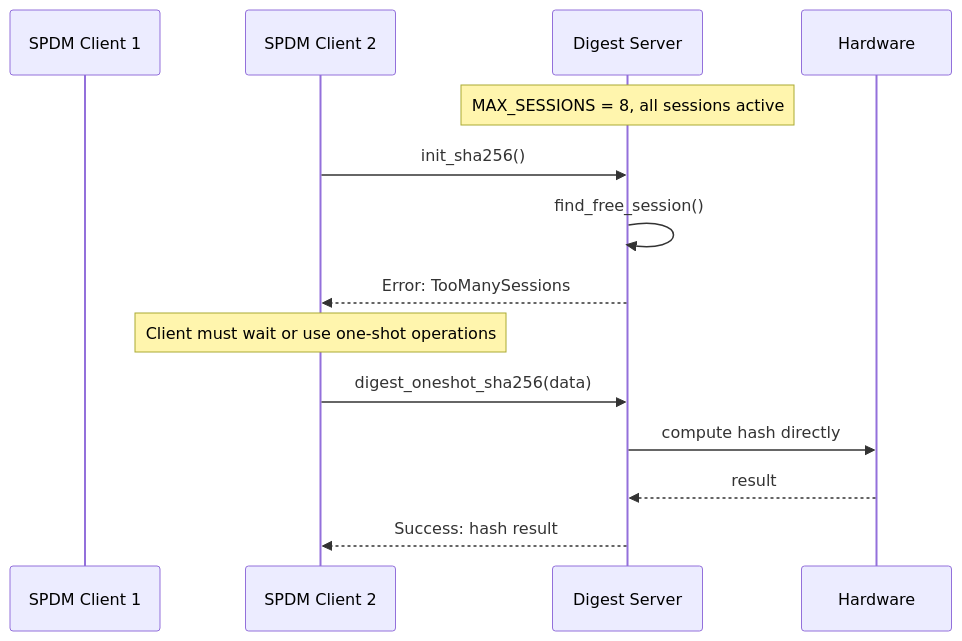
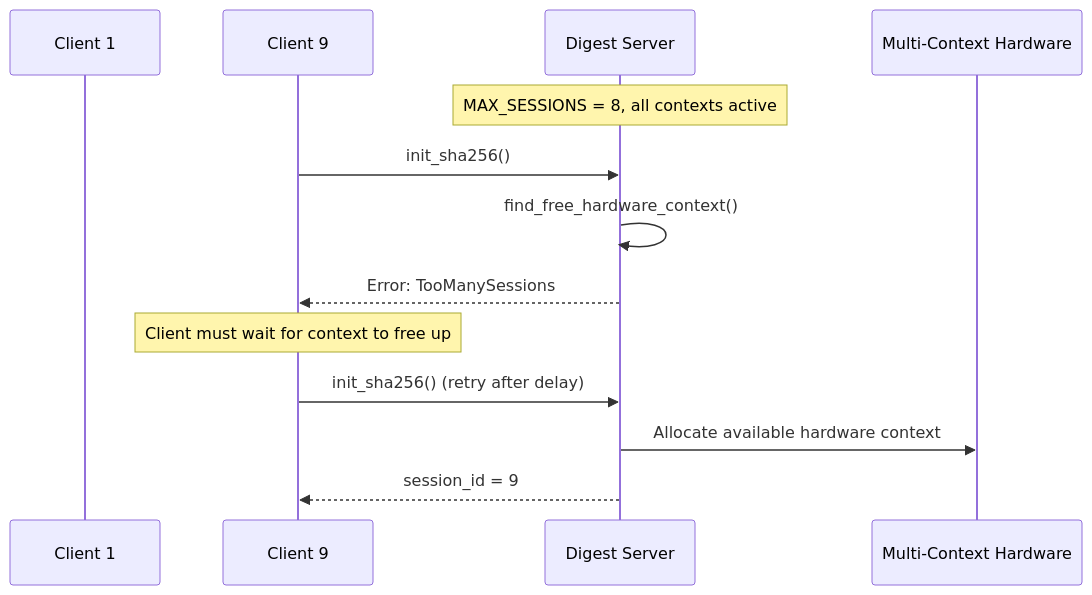
One commit to rusty1968/openprot changed the sixth of 17 diagrams in docs/src/hash-driver-hubris.md. Above: the diagram before and after it, drawn with Mermaid. The commit also changed other lines of this file, not shown here.

````diff
--- a/docs/src/hash-driver-hubris.md
+++ b/docs/src/hash-driver-hubris.md
@@ -233,19 +566,18 @@
 ```mermaid
 sequenceDiagram
-    participant S1 as SPDM Client 1
-    participant S2 as SPDM Client 2
+    participant S1 as Client 1
+    participant S2 as Client 9
     participant DS as Digest Server
-    participant HW as Hardware
+    participant HW as Multi-Context Hardware
 
-    Note over DS: MAX_SESSIONS = 8, all sessions active
+    Note over DS: MAX_SESSIONS = 8, all contexts active
     
     S2->>DS: init_sha256()
-    DS->>DS: find_free_session()
+    DS->>DS: find_free_hardware_context()
     DS-->>S2: Error: TooManySessions
     
-    Note over S2: Client must wait or use one-shot operations
-    S2->>DS: digest_oneshot_sha256(data)
-    DS->>HW: compute hash directly
-    HW-->>DS: result
-    DS-->>S2: Success: hash result
+    Note over S2: Client must wait for context to free up
+    S2->>DS: init_sha256() (retry after delay)
+    DS->>HW: Allocate available hardware context
+    DS-->>S2: session_id = 9
 ```
````
